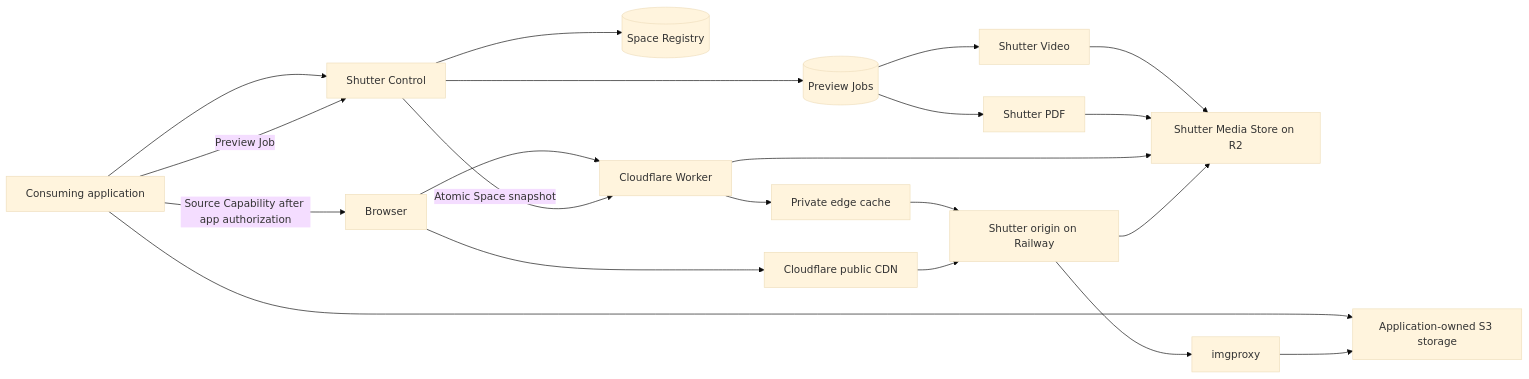
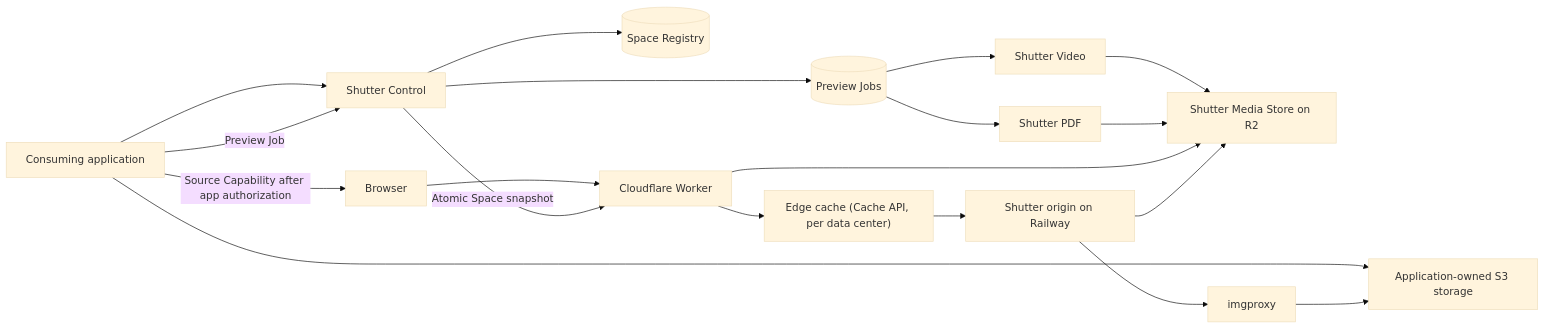
Before and after one commit to Traydr/shutter: the diagram in docs/architecture.md, drawn with Mermaid (base theme). The commit also changed other lines of this file and 31 other files, not shown here.

````diff
--- a/docs/architecture.md
+++ b/docs/architecture.md
@@ -13,22 +13,20 @@
 ```mermaid
 flowchart LR
   app["Consuming application"] --> control["Shutter Control"]
   control --> registry[("Space Registry")]
   app --> source["Application-owned S3 storage"]
   app -->|"Preview Job"| control
   control --> jobs[("Preview Jobs")]
   jobs --> video["Shutter Video"]
   jobs --> pdf["Shutter PDF"]
   video --> derived["Shutter Media Store on R2"]
   pdf --> derived
   browser["Browser"] --> worker["Cloudflare Worker"]
   control -->|"Atomic Space snapshot"| worker
-  worker --> privateCache["Private edge cache"]
-  browser --> publicCache["Cloudflare public CDN"]
-  privateCache --> origin["Shutter origin on Railway"]
-  publicCache --> origin
+  worker --> edgeCache["Edge cache (Cache API, per data center)"]
+  edgeCache --> origin["Shutter origin on Railway"]
   origin --> image["imgproxy"] --> source
   worker --> derived
   origin --> derived
   app -->|"Source Capability after app authorization"| browser
 ```
````
